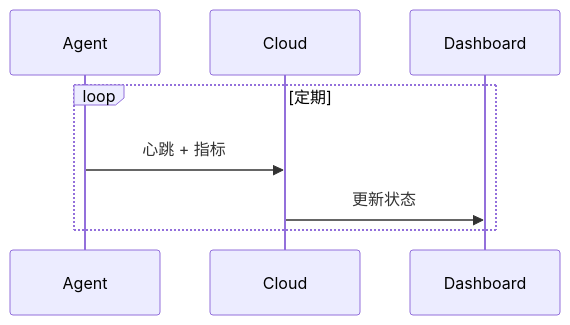
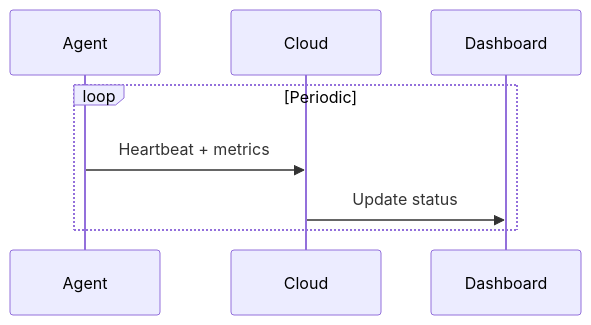
The second of 4 diagrams in docs/architecture/07_cloud_platform.md (JeffRen1977/smartCamera), drawn with Mermaid before and after one commit. The commit also changed other lines of this file and 36 other files, not shown here.

````diff
--- a/docs/architecture/07_cloud_platform.md
+++ b/docs/architecture/07_cloud_platform.md
@@ -103,11 +103,11 @@
 ```mermaid
 sequenceDiagram
     participant Agent
     participant Cloud
     participant Dashboard
 
-    loop 定期
-        Agent->>Cloud: 心跳 + 指标
-        Cloud->>Dashboard: 更新状态
+    loop Periodic
+        Agent->>Cloud: Heartbeat + metrics
+        Cloud->>Dashboard: Update status
     end
 ```
````
